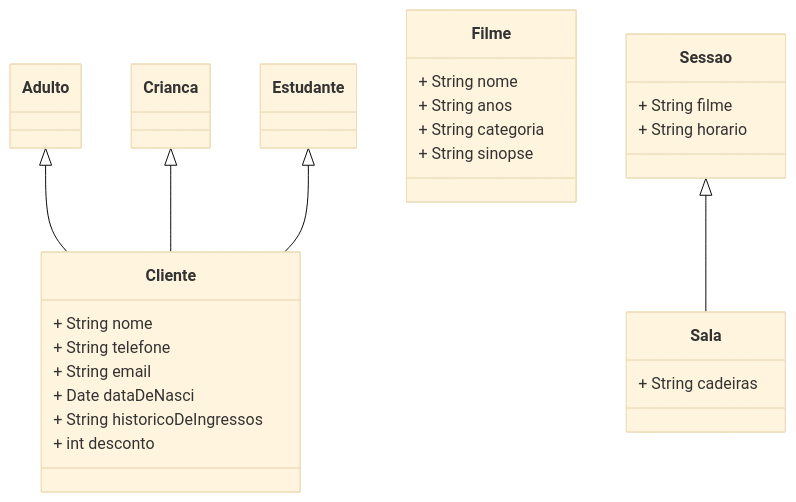
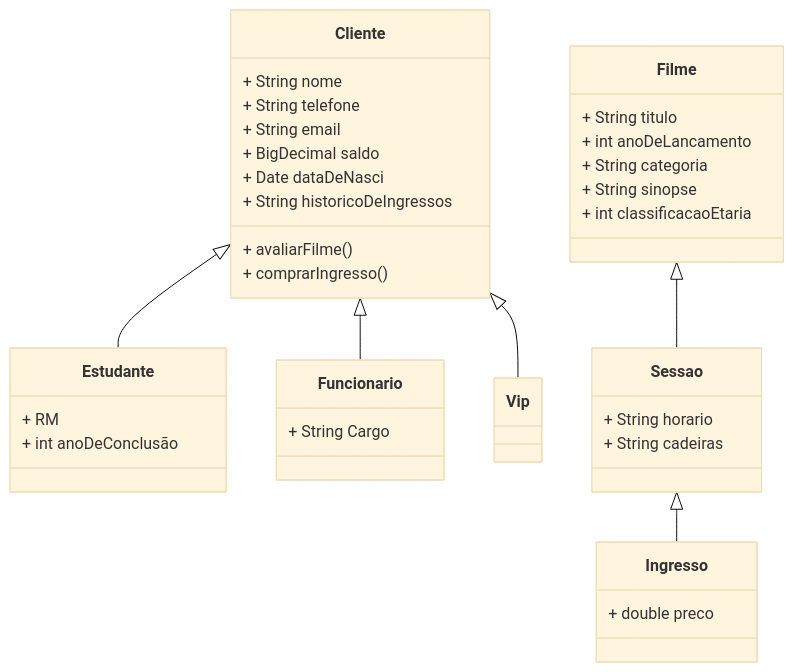
The diagram in README.md (EyzRyder/agenda-de-contatos), drawn with Mermaid (base theme) before and after one commit.

````diff
--- a/README.md
+++ b/README.md
@@ -7,25 +7,34 @@
 ```mermaid
 classDiagram
 Cliente : + String nome
 Cliente : + String telefone
 Cliente : + String email
+Cliente : + BigDecimal saldo
 Cliente : + Date dataDeNasci
 Cliente : + String historicoDeIngressos
-Cliente : + int desconto
+Cliente : + avaliarFilme()
+Cliente : + comprarIngresso()
 
-Adulto <|-- Cliente
-Crianca <|-- Cliente
-Estudante <|-- Cliente
+Estudante : + RM
+Estudante : + int anoDeConclusão
 
-Filme : + String nome
-Filme : + String anos
+Funcionario : + String Cargo
+
+Cliente <|-- Vip
+Cliente <|-- Funcionario
+Cliente <|-- Estudante
+
+Filme : + String titulo
+Filme : + int anoDeLancamento
 Filme : + String categoria
 Filme : + String sinopse
+Filme : + int classificacaoEtaria
 
-Sala : + String cadeiras
+Ingresso: + double preco
 
-Sessao : + String filme
 Sessao : + String horario
+Sessao : + String cadeiras
 
-Sessao <|-- Sala
+Filme <|-- Sessao
+Sessao <|-- Ingresso
 ```
````
